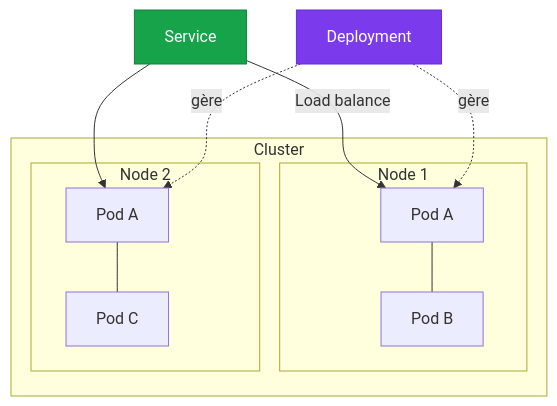
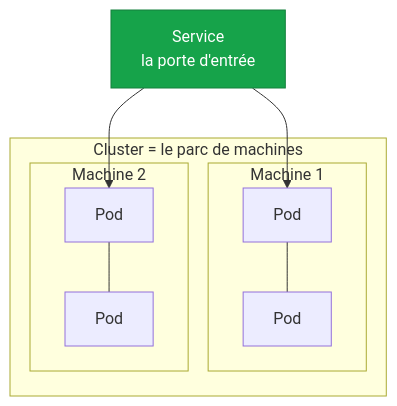
The sixth of 7 diagrams in ING1 - 2025-2026 - Devops/slides.md (KingEwin/courses), drawn with Mermaid before and after one commit. The commit also changed other lines of this file and 574 other files, not shown here.

````diff
--- a/ING1 - 2025-2026 - Devops/slides.md
+++ b/ING1 - 2025-2026 - Devops/slides.md
@@ -2392,17 +2285,14 @@
 ```mermaid
 graph TB
-  subgraph Cluster
-    subgraph Node1[Node 1]
-      P1[Pod A] --- P2[Pod B]
+  subgraph Cluster["Cluster = le parc de machines"]
+    subgraph Node1[Machine 1]
+      P1[Pod] --- P2[Pod]
     end
-    subgraph Node2[Node 2]
-      P3[Pod A] --- P4[Pod C]
+    subgraph Node2[Machine 2]
+      P3[Pod] --- P4[Pod]
     end
   end
-  S[Service] -->|Load balance| P1
+  S[Service<br/>la porte d'entrée] --> P1
   S --> P3
-  D[Deployment] -.gère.-> P1
-  D -.gère.-> P3
   style S fill:#16a34a,stroke:#15803d,color:#fff
-  style D fill:#7c3aed,stroke:#6d28d9,color:#fff
 ```
````
